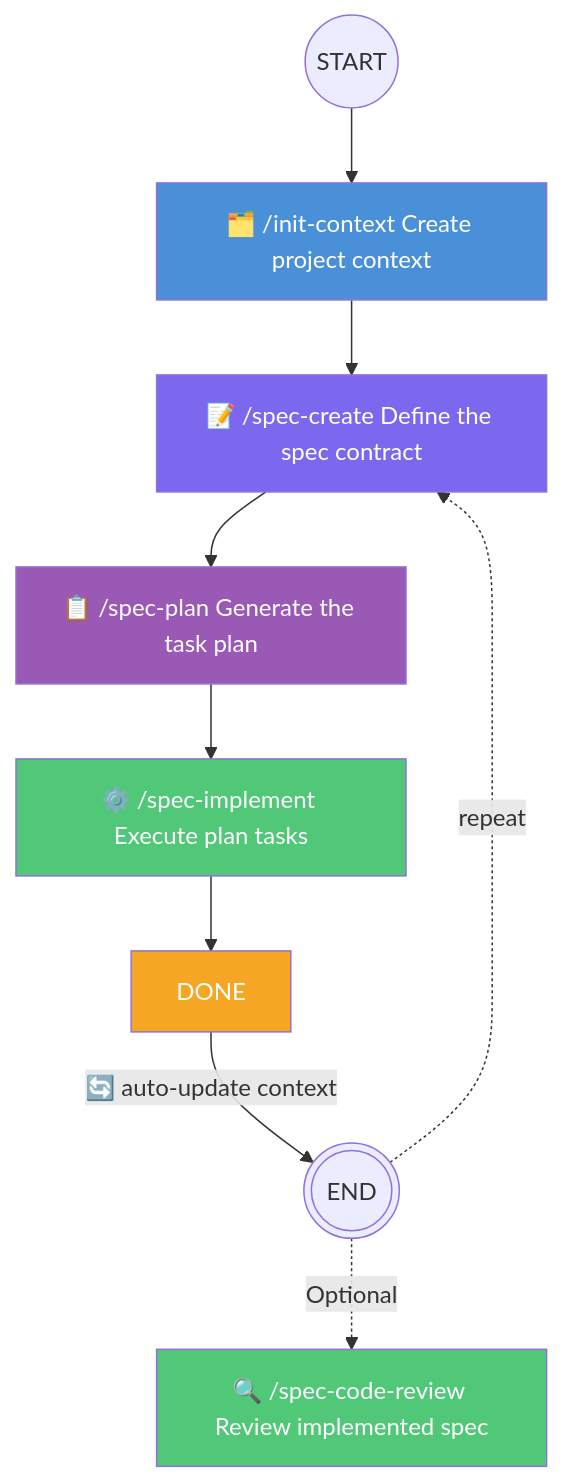
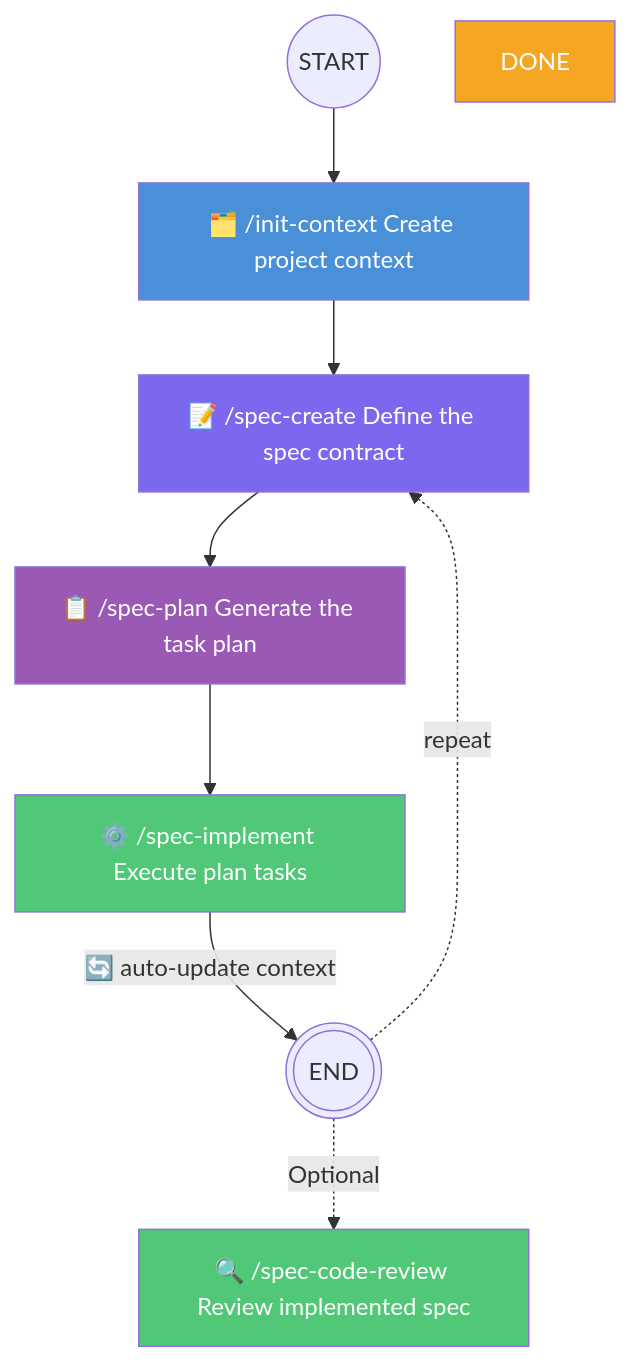
The first of 2 diagrams in README.md (AlessioScarfone/barespec), drawn with Mermaid before and after one commit.

Commit message:
fix: correct flowchart connection for spec implementation process in README

````diff
--- a/README.md
+++ b/README.md
@@ -185,17 +185,16 @@
 ```mermaid
 flowchart TD
     START((START)) --> CTX["🗂️ /init-context Create project context"] --> SPEC
 
     SPEC["📝 /spec-create Define the spec contract"] --> PLAN
     PLAN["📋 /spec-plan Generate the task plan"] --> IMPL
-    IMPL["⚙️ /spec-implement Execute plan tasks"] --> DONE
-    DONE -->|"🔄 auto-update context"| END(((END))) -.->|repeat| SPEC
+    IMPL["⚙️ /spec-implement Execute plan tasks"] -->|"🔄 auto-update context"| END(((END))) -.->|repeat| SPEC
     END -.-> |Optional|CODE_REVIEW["🔍 /spec-code-review Review implemented spec"]
 
     style CTX fill:#4A90D9,color:#fff
     style SPEC fill:#7B68EE,color:#fff
     style PLAN fill:#9B59B6,color:#fff
     style IMPL fill:#50C878,color:#fff
     style CODE_REVIEW fill:#50C878,color:#fff
     style DONE fill:#F5A623,color:#fff
 ```
````
